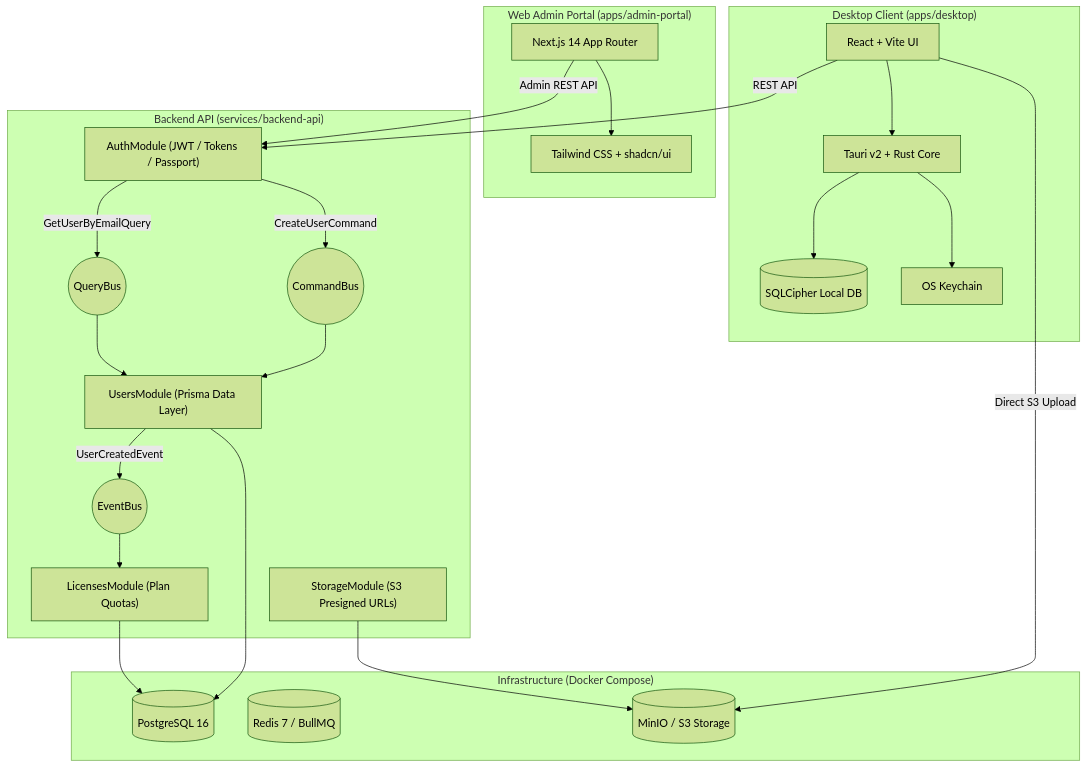
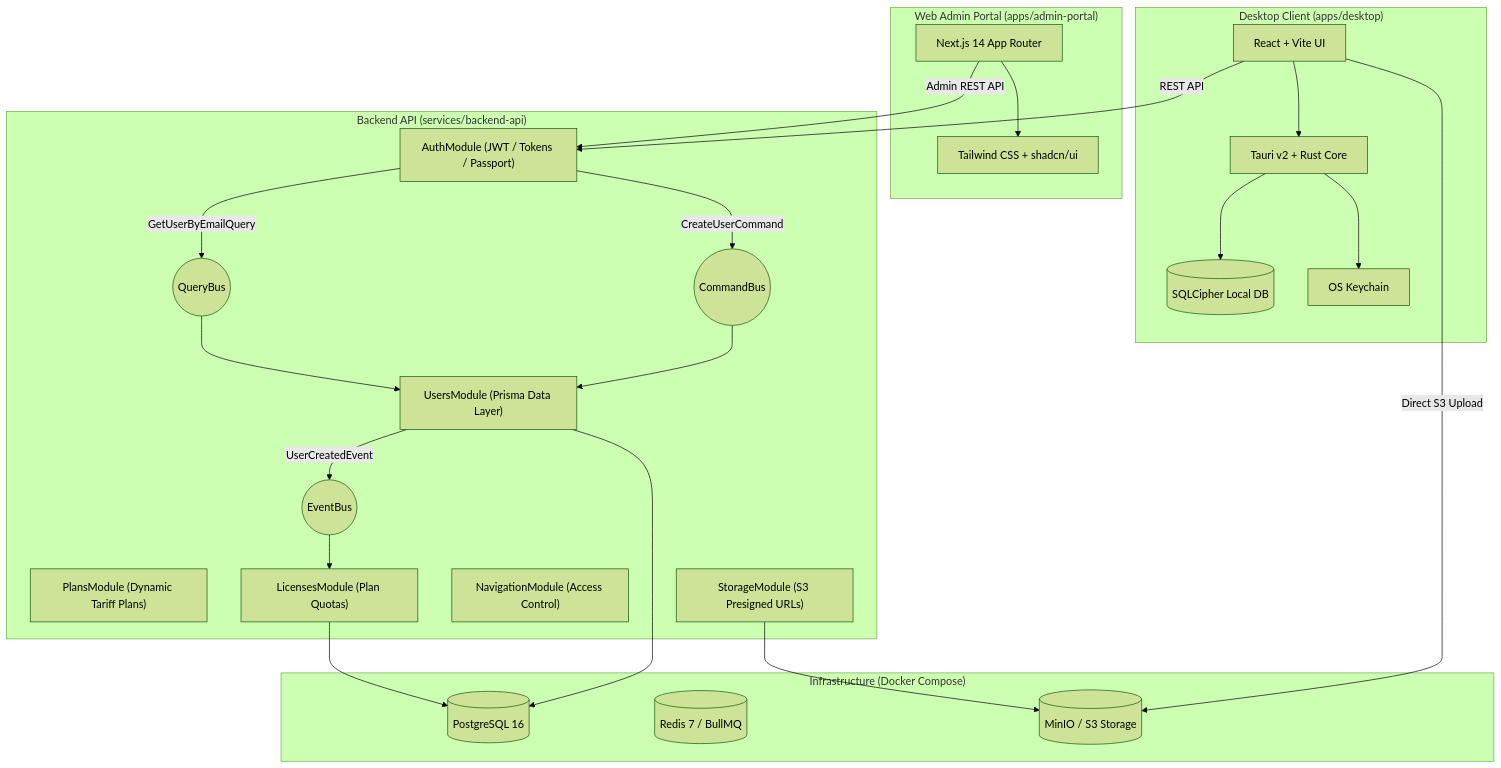
The diagram in README.md (OlegFutornoi/SmartFeedStudio), drawn with Mermaid (forest theme) before and after one commit. The commit also changed 151 other files, not shown here.

First line of the commit message:
feat(monorepo): dynamic tariff plans CQRS, shadcn themes, modular components and Playwright E2E suites

````diff
--- a/README.md
+++ b/README.md
@@ -9,45 +9,47 @@
 ```mermaid
 graph TD
   subgraph "Desktop Client (apps/desktop)"
     Tauri[Tauri v2 + Rust Core]
     SQLite[(SQLCipher Local DB)]
     Keychain[OS Keychain]
     ReactDesktop[React + Vite UI]
     Tauri --> SQLite
     Tauri --> Keychain
     ReactDesktop --> Tauri
   end
 
   subgraph "Web Admin Portal (apps/admin-portal)"
     NextApp[Next.js 14 App Router]
     TailwindUI[Tailwind CSS + shadcn/ui]
     NextApp --> TailwindUI
   end
 
   subgraph "Backend API (services/backend-api)"
     AuthMod["AuthModule (JWT / Tokens / Passport)"]
     UsersMod["UsersModule (Prisma Data Layer)"]
+    PlansMod["PlansModule (Dynamic Tariff Plans)"]
     LicMod["LicensesModule (Plan Quotas)"]
+    NavMod["NavigationModule (Access Control)"]
     StorageMod["StorageModule (S3 Presigned URLs)"]
     CommandBus((CommandBus))
     QueryBus((QueryBus))
     EventBus((EventBus))
 
     AuthMod -- "CreateUserCommand" --> CommandBus --> UsersMod
     AuthMod -- "GetUserByEmailQuery" --> QueryBus --> UsersMod
     UsersMod -- "UserCreatedEvent" --> EventBus --> LicMod
   end
 
   subgraph "Infrastructure (Docker Compose)"
     PG[(PostgreSQL 16)]
     Redis[(Redis 7 / BullMQ)]
     MinIO[(MinIO / S3 Storage)]
   end
 
   ReactDesktop -- "Direct S3 Upload" --> MinIO
   ReactDesktop -- "REST API" --> AuthMod
   NextApp -- "Admin REST API" --> AuthMod
   UsersMod --> PG
   LicMod --> PG
   StorageMod --> MinIO
 ```
````
